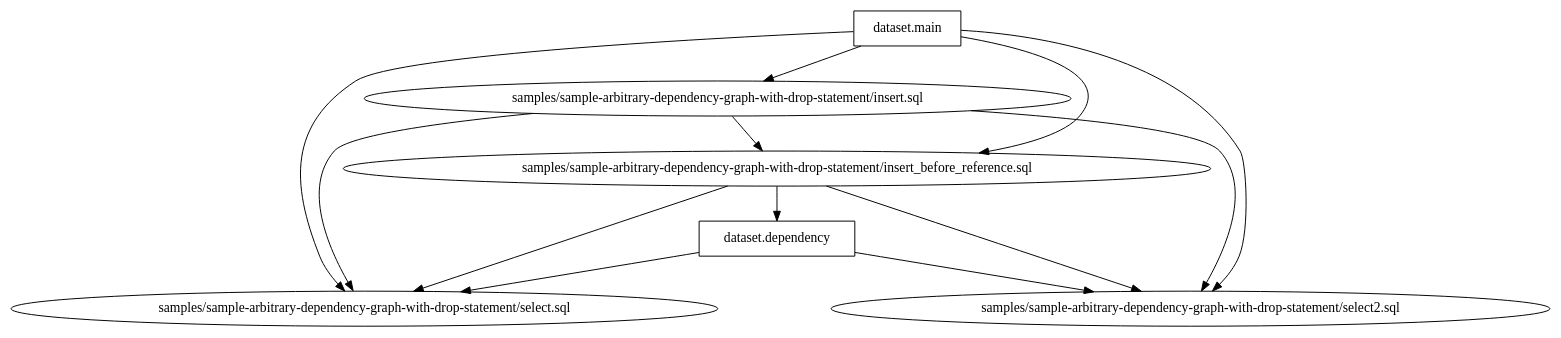
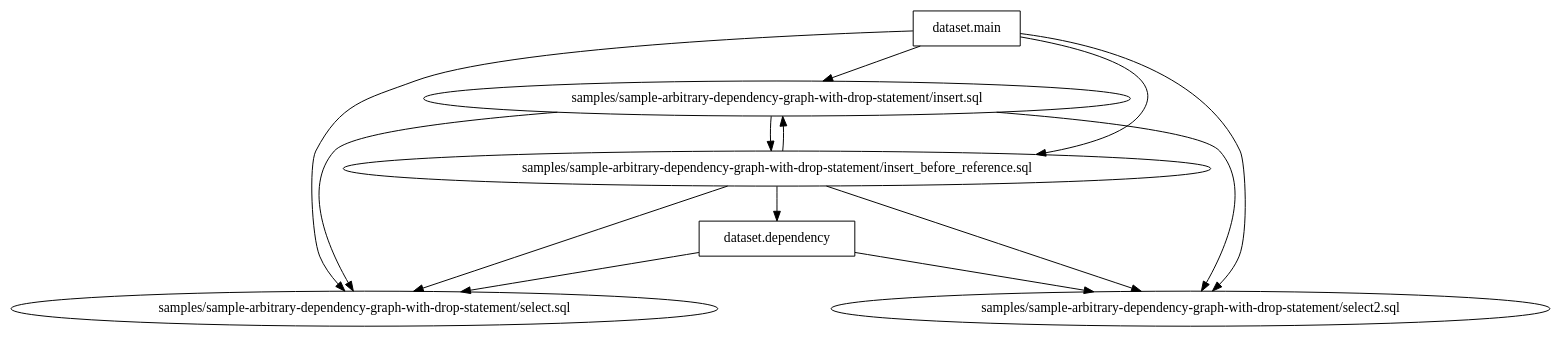
Before and after one commit to Matts966/alphasql: the diagram in samples/sample-arbitrary-dependency-graph-with-drop-statement/side_effect_first_with_tables/dag.dot, drawn with Graphviz. The commit also changed 13 other files, not shown here.

```diff
--- a/samples/sample-arbitrary-dependency-graph-with-drop-statement/side_effect_first_with_tables/dag.dot
+++ b/samples/sample-arbitrary-dependency-graph-with-drop-statement/side_effect_first_with_tables/dag.dot
@@ -1,20 +1,21 @@
 digraph G {
 0 [label="samples/sample-arbitrary-dependency-graph-with-drop-statement/insert.sql", shape="", type=query];
 1 [label="samples/sample-arbitrary-dependency-graph-with-drop-statement/insert_before_reference.sql", shape="", type=query];
 2 [label="samples/sample-arbitrary-dependency-graph-with-drop-statement/select.sql", shape="", type=query];
 3 [label="samples/sample-arbitrary-dependency-graph-with-drop-statement/select2.sql", shape="", type=query];
 4 [label="dataset.dependency", shape=box, type=table];
 5 [label="dataset.main", shape=box, type=table];
 0->2 ;
 0->3 ;
 0->1 ;
 1->4 ;
 1->2 ;
 1->3 ;
+1->0 ;
 4->2 ;
 4->3 ;
 5->0 ;
 5->1 ;
 5->2 ;
 5->3 ;
 }
```
